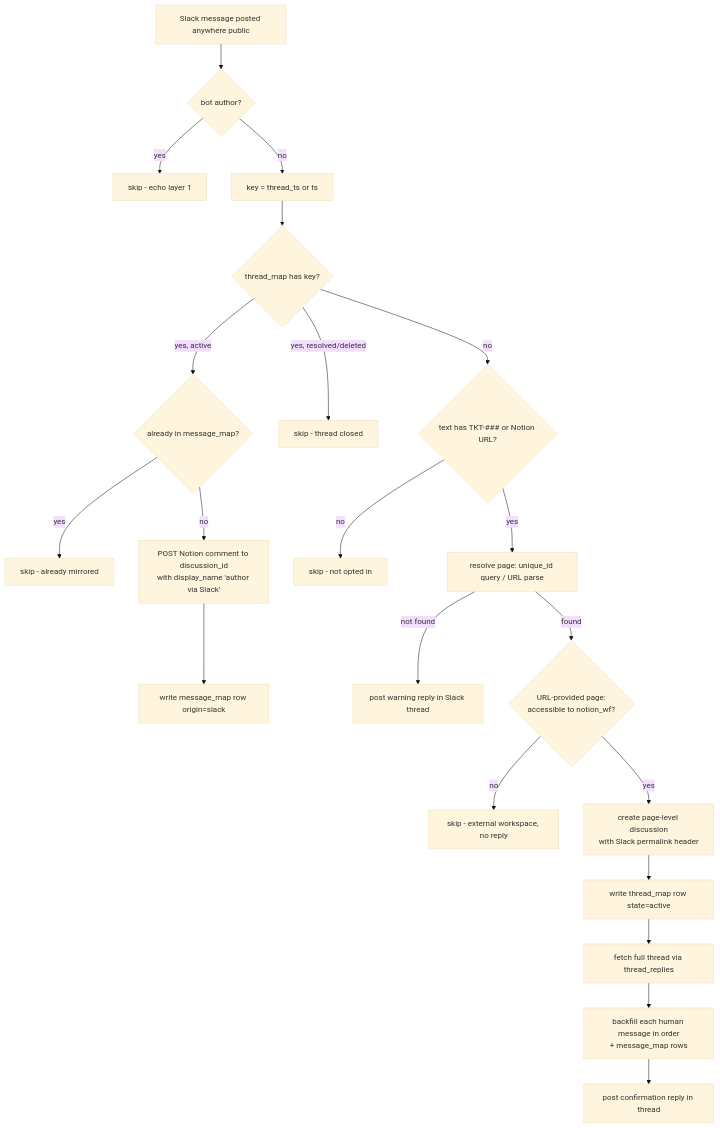
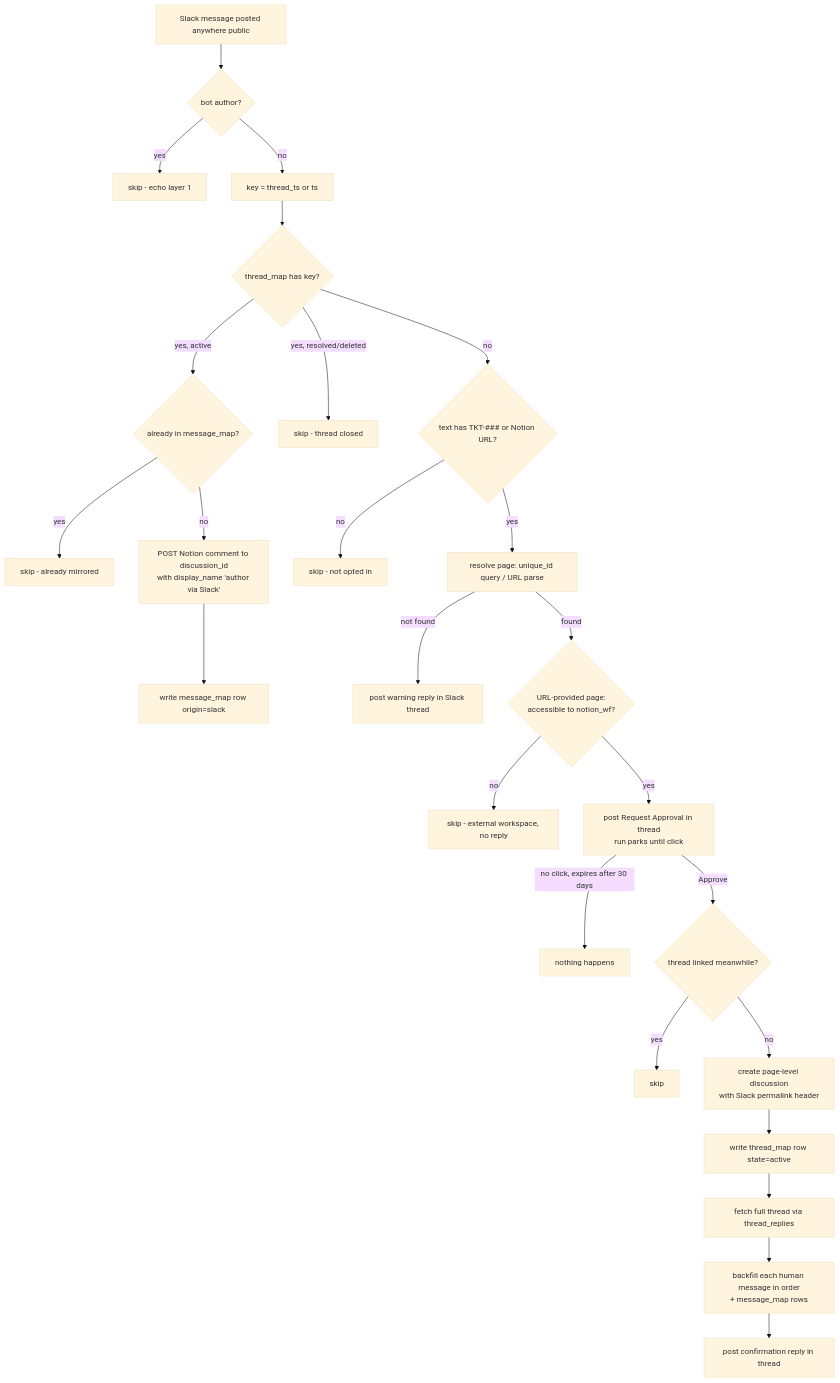
Before and after one commit to work-flowers/zapier-sdk: the diagram in slack-thread-to-notion-discussion/README.md, drawn with Mermaid (base theme). The commit also changed other lines of this file and 4 other files, not shown here.

First line of the commit message:
slack-thread-to-notion-discussion: require in-thread Slack approval before linking

````diff
--- a/slack-thread-to-notion-discussion/README.md
+++ b/slack-thread-to-notion-discussion/README.md
@@ -13,23 +13,27 @@
 ```mermaid
 flowchart TD
     T[Slack message posted anywhere public] --> B{bot author?}
     B -- yes --> S1[skip - echo layer 1]
     B -- no --> K[key = thread_ts or ts]
     K --> L{thread_map has key?}
     L -- "yes, active" --> D{already in message_map?}
     D -- yes --> S2[skip - already mirrored]
     D -- no --> C[POST Notion comment to discussion_id\nwith display_name 'author via Slack']
     C --> W[write message_map row origin=slack]
     L -- "yes, resolved/deleted" --> S3[skip - thread closed]
     L -- no --> R{text has TKT-### or Notion URL?}
     R -- no --> S4[skip - not opted in]
     R -- yes --> Q[resolve page: unique_id query / URL parse]
     Q -- not found --> N[post warning reply in Slack thread]
     Q -- found --> X{URL-provided page:\naccessible to notion_wf?}
     X -- no --> S5[skip - external workspace, no reply]
-    X -- yes --> P[create page-level discussion\nwith Slack permalink header]
+    X -- yes --> AP[post Request Approval in thread\nrun parks until click]
+    AP -- "no click, expires after 30 days" --> S6[nothing happens]
+    AP -- Approve --> RC{thread linked meanwhile?}
+    RC -- yes --> S7[skip]
+    RC -- no --> P[create page-level discussion\nwith Slack permalink header]
     P --> M[write thread_map row state=active]
     M --> F[fetch full thread via thread_replies]
     F --> BF[backfill each human message in order\n+ message_map rows]
     BF --> OK[post confirmation reply in thread]
 ```
````
